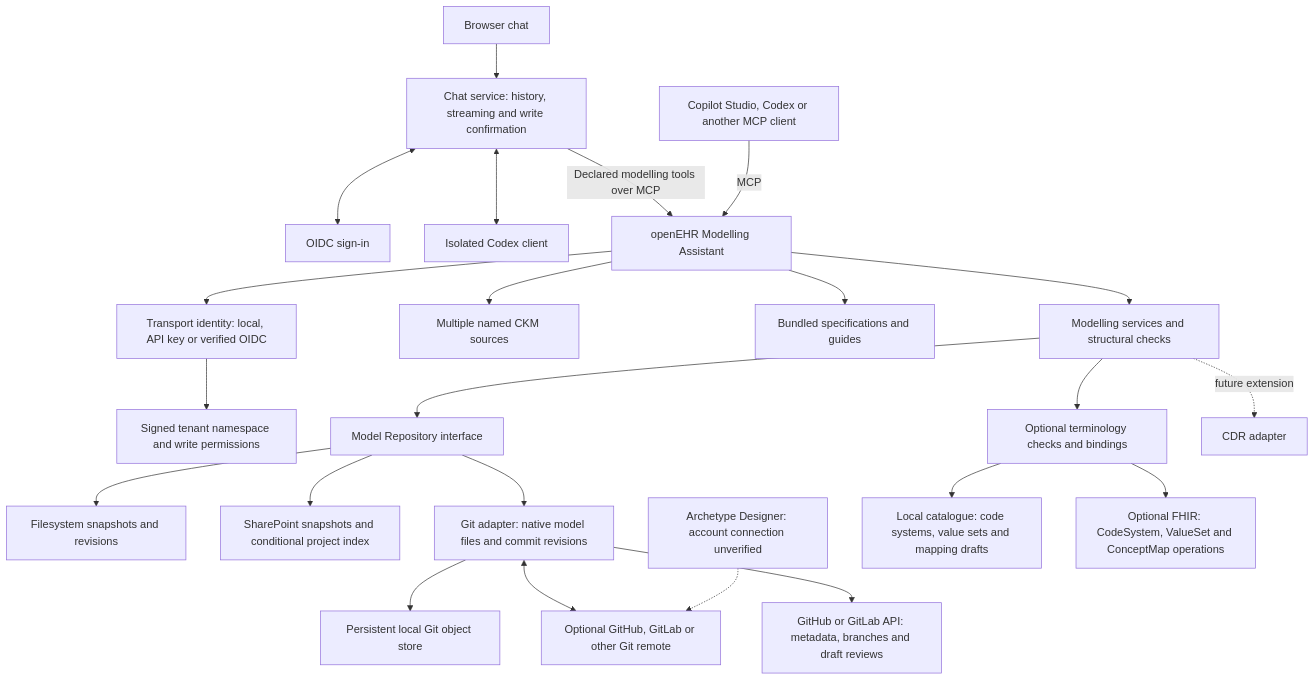
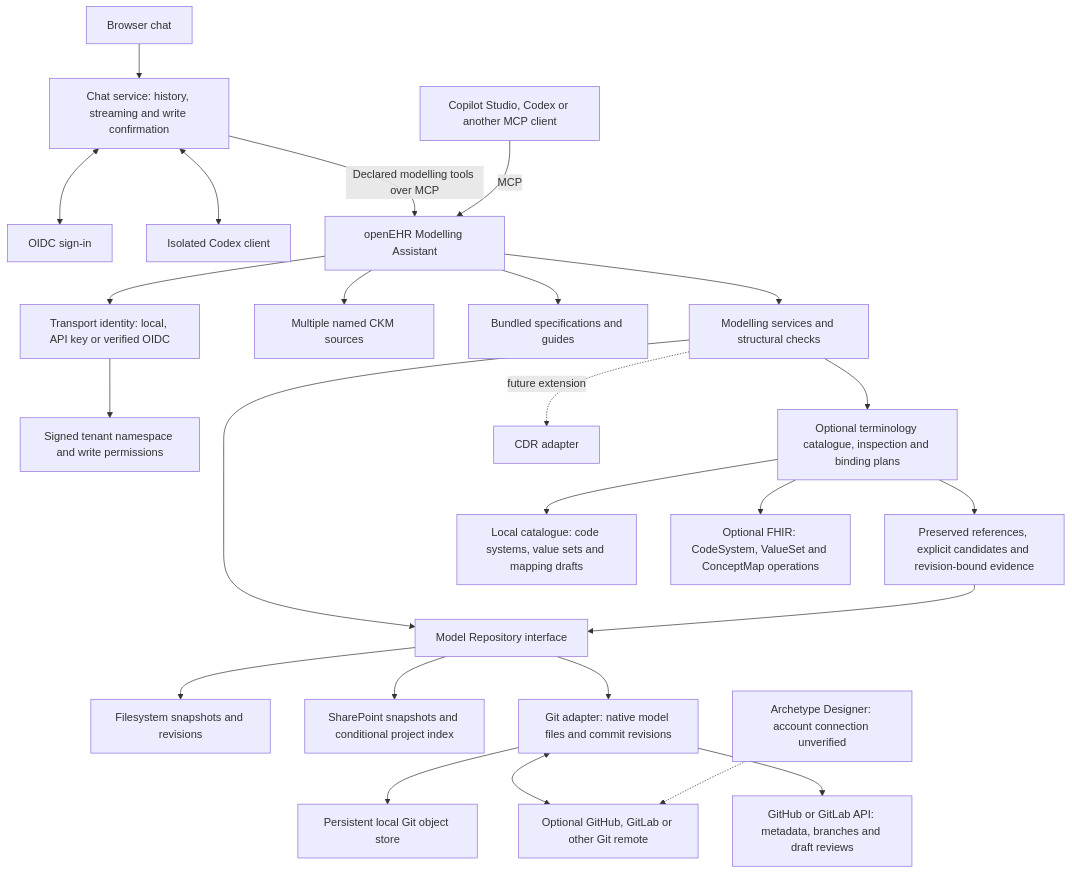
Before and after one commit to CzarMich/openehr-modelling-assistant: the first of 2 diagrams in README.md, drawn with Mermaid. The commit also changed other lines of this file and 45 other files, not shown here.

Commit message:
feat(terminology): persist revision-bound binding plans and explicit XML inspection

````diff
--- a/README.md
+++ b/README.md
@@ -86,25 +87,27 @@
 ```mermaid
 flowchart TD
     U[Browser chat] --> W[Chat service: history, streaming and write confirmation]
     W <--> I[OIDC sign-in]
     W <--> AIC[Isolated Codex client]
     W -->|Declared modelling tools over MCP| S[openEHR Modelling Assistant]
     M[Copilot Studio, Codex or another MCP client] -->|MCP| S[openEHR Modelling Assistant]
     S --> ID[Transport identity: local, API key or verified OIDC]
     ID --> TEN[Signed tenant namespace and write permissions]
     S --> K[Multiple named CKM sources]
     S --> B[Bundled specifications and guides]
     S --> D[Modelling services and structural checks]
     D --> R[Model Repository interface]
     R --> F[Filesystem snapshots and revisions]
     R --> SP[SharePoint snapshots and conditional project index]
     R --> G[Git adapter: native model files and commit revisions]
     G --> O[Persistent local Git object store]
     G <--> H[Optional GitHub, GitLab or other Git remote]
     G --> HP[GitHub or GitLab API: metadata, branches and draft reviews]
     A[Archetype Designer: account connection unverified] -.-> H
-    D --> T[Optional terminology checks and bindings]
+    D --> T[Optional terminology catalogue, inspection and binding plans]
+    T --> BP[Preserved references, explicit candidates and revision-bound evidence]
+    BP --> R
     T --> L[Local catalogue: code systems, value sets and mapping drafts]
     T --> E[Optional FHIR: CodeSystem, ValueSet and ConceptMap operations]
     D -. future extension .-> C[CDR adapter]
 ```
````
